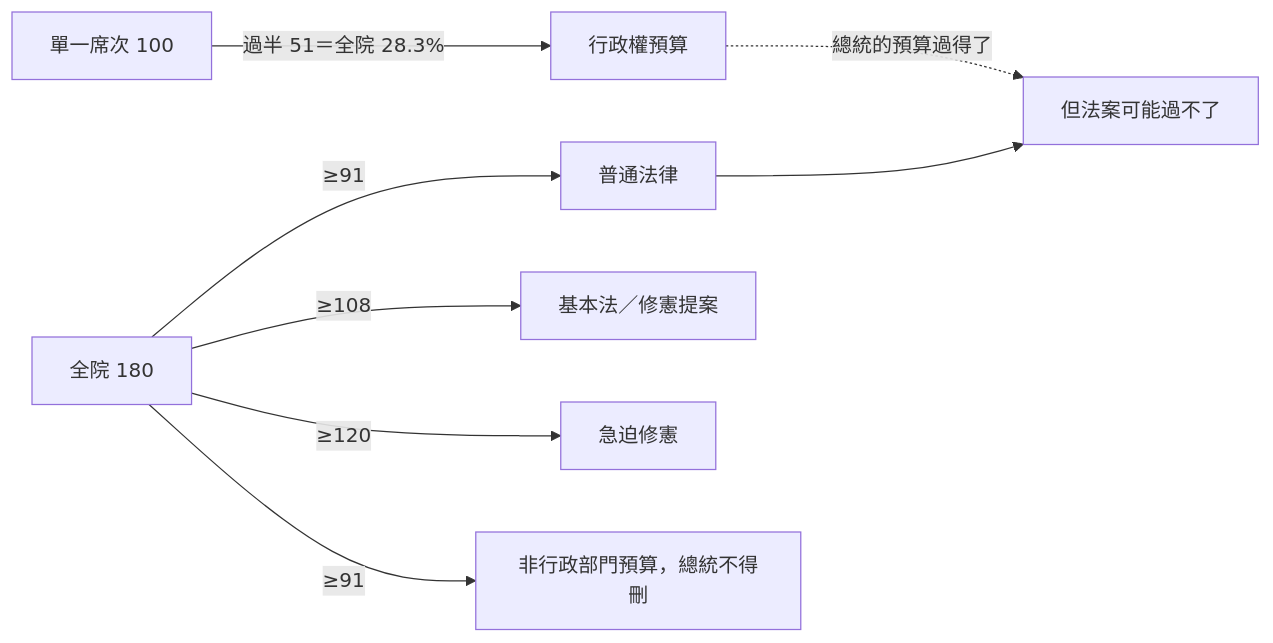
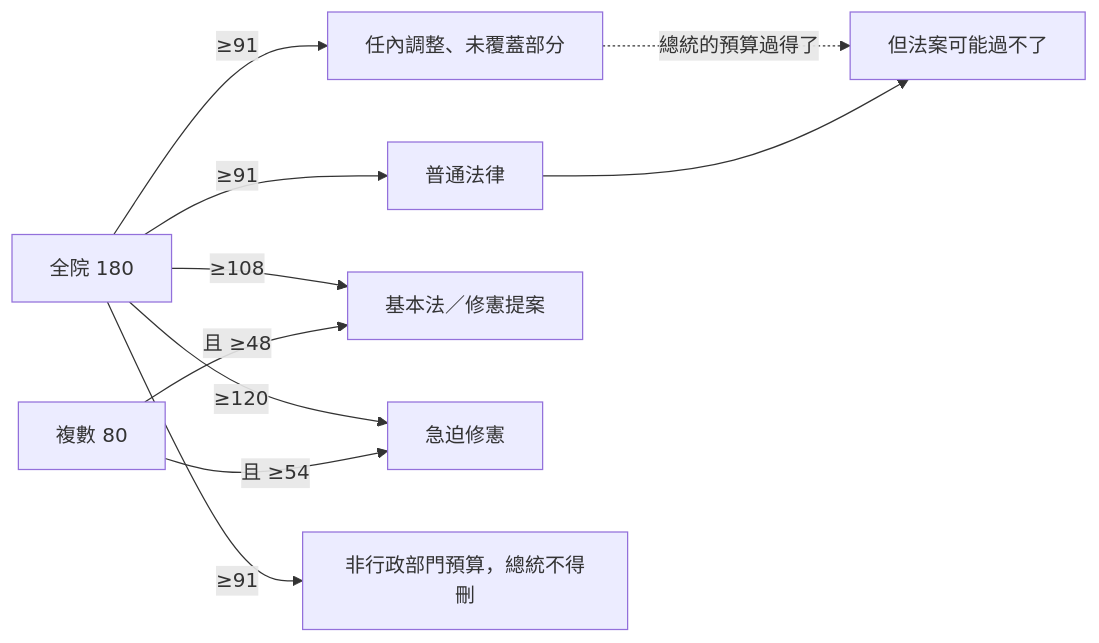
The fifth of 12 diagrams in topics/regime-designs/designs/台灣/一院總統制-測試/憲政架構圖.md (IRonROOT578/Political-Economy-Research-Public), drawn with Mermaid before and after one commit. The commit also changed other lines of this file and 241 other files, not shown here.

````diff
--- a/topics/regime-designs/designs/台灣/一院總統制-測試/憲政架構圖.md
+++ b/topics/regime-designs/designs/台灣/一院總統制-測試/憲政架構圖.md
@@ -70,10 +70,12 @@
 ```mermaid
 flowchart LR
-  SMD[單一席次 100] -->|過半 51＝全院 28.3%| Money[行政權預算]
+  All[全院 180] -->|≥91| Money[任內調整、未覆蓋部分]
   All[全院 180] -->|≥91| LawT[普通法律]
   All -->|≥108| Basic[基本法／修憲提案]
   All -->|≥120| Urgent[急迫修憲]
+  PR[複數 80] -->|且 ≥48| Basic
+  PR -->|且 ≥54| Urgent
   All -->|≥91| OthBud[非行政部門預算，總統不得刪]
   Money -.->|總統的預算過得了| Note[但法案可能過不了]
   LawT --> Note
 ```
````
